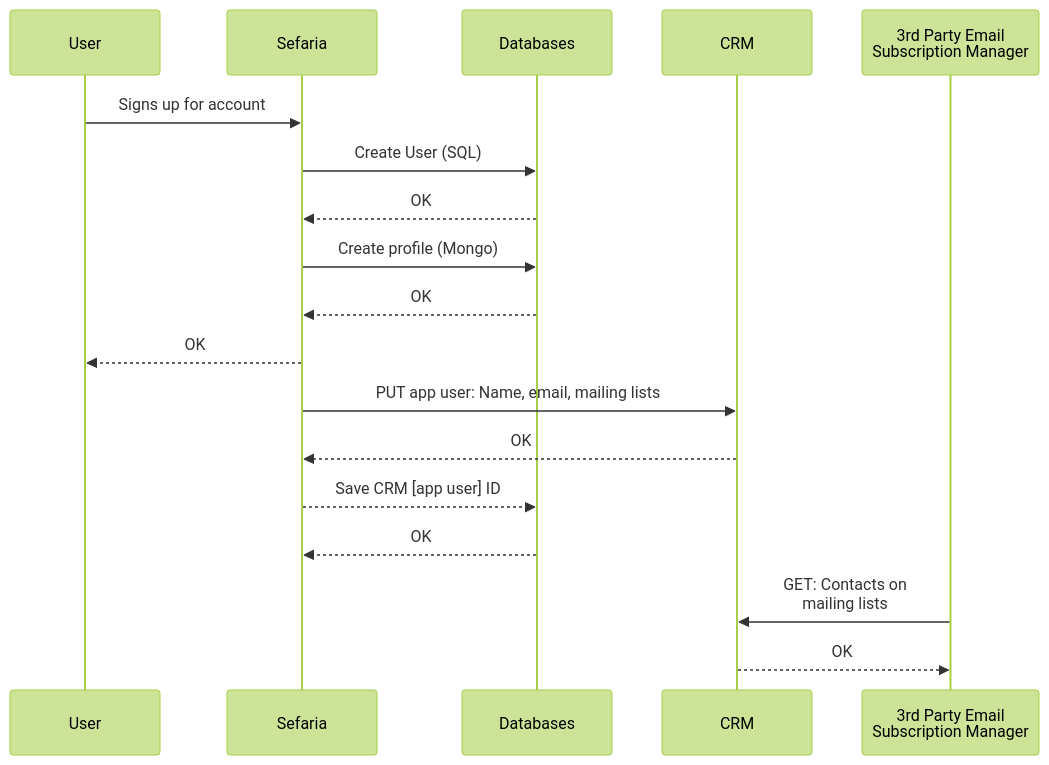
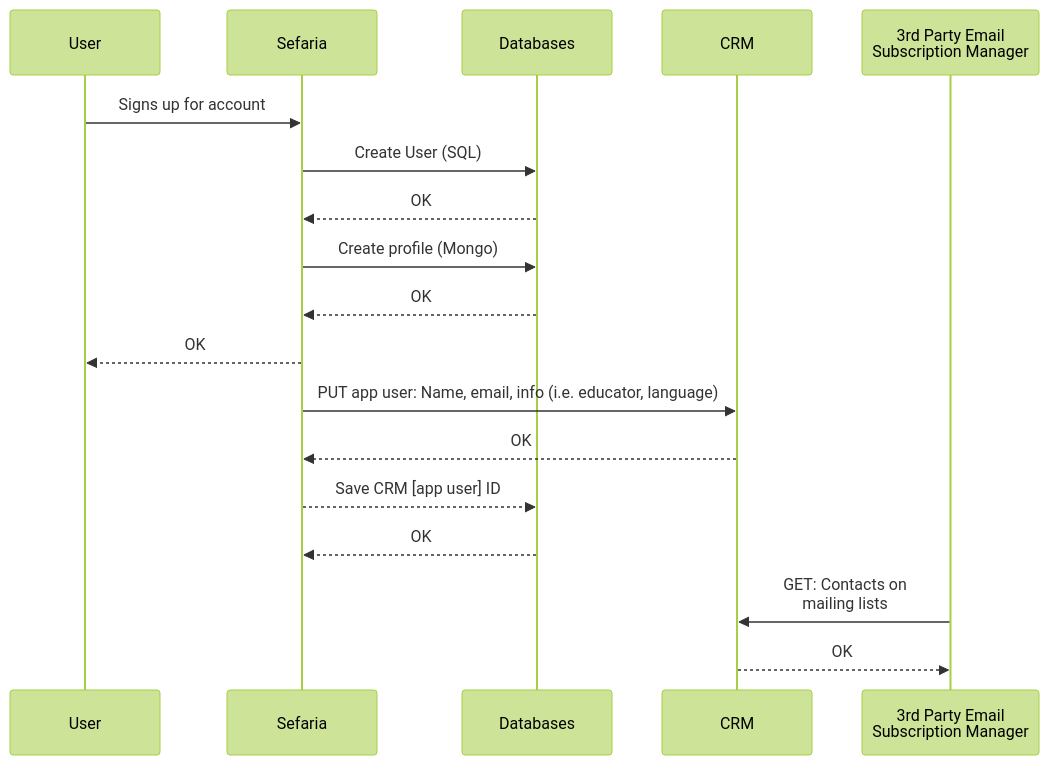
The fourth of 8 diagrams in sefaria/helper/crm/crm.md (sidzan/Lopenling-reader), drawn with Mermaid (forest theme) before and after one commit. The commit also changed other lines of this file, not shown here.

````diff
--- a/sefaria/helper/crm/crm.md
+++ b/sefaria/helper/crm/crm.md
@@ -159,20 +144,20 @@
 ```mermaid
 sequenceDiagram
     participant User 
     participant Sefaria
     Participant Db as Databases
     Participant CRM
     Participant 3rd as 3rd Party Email<br>Subscription Manager
     User->>Sefaria: Signs up for account
     Sefaria->>Db: Create User (SQL)
     Db-->>Sefaria: OK
     Sefaria->>Db: Create profile (Mongo)
     Db-->>Sefaria: OK
     Sefaria-->>User: OK
-    Sefaria->>CRM: PUT app user: Name, email, mailing lists
+    Sefaria->>CRM: PUT app user: Name, email, info (i.e. educator, language)
     CRM-->>Sefaria: OK
     Sefaria-->>Db: Save CRM [app user] ID
     Db-->>Sefaria: OK
     3rd->>CRM: GET: Contacts on<br>mailing lists
     CRM-->>3rd: OK
 ```
````
